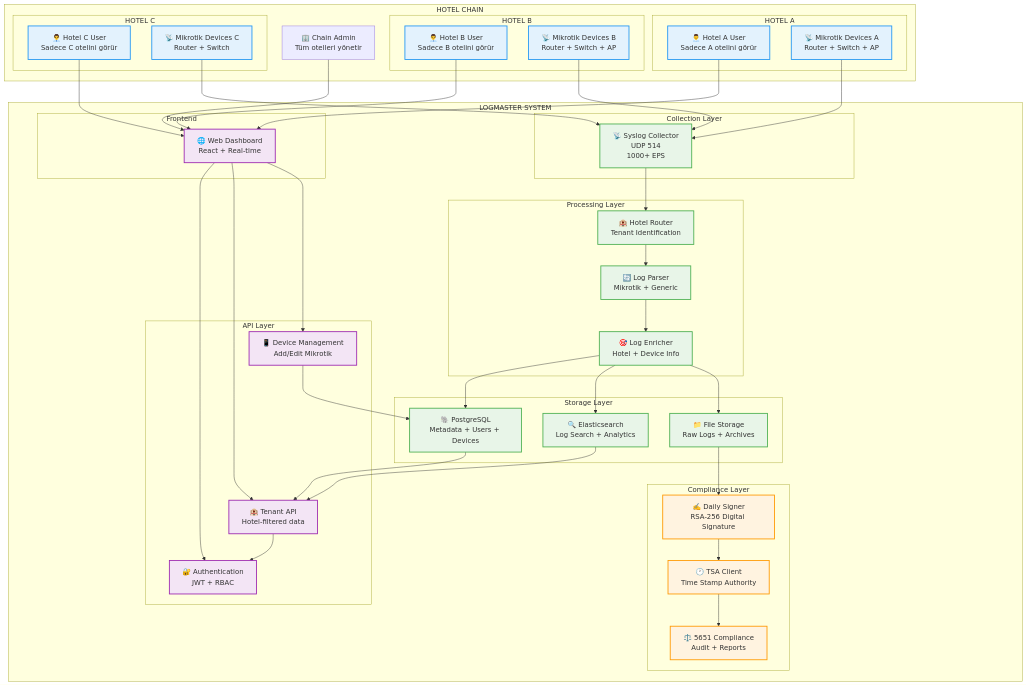
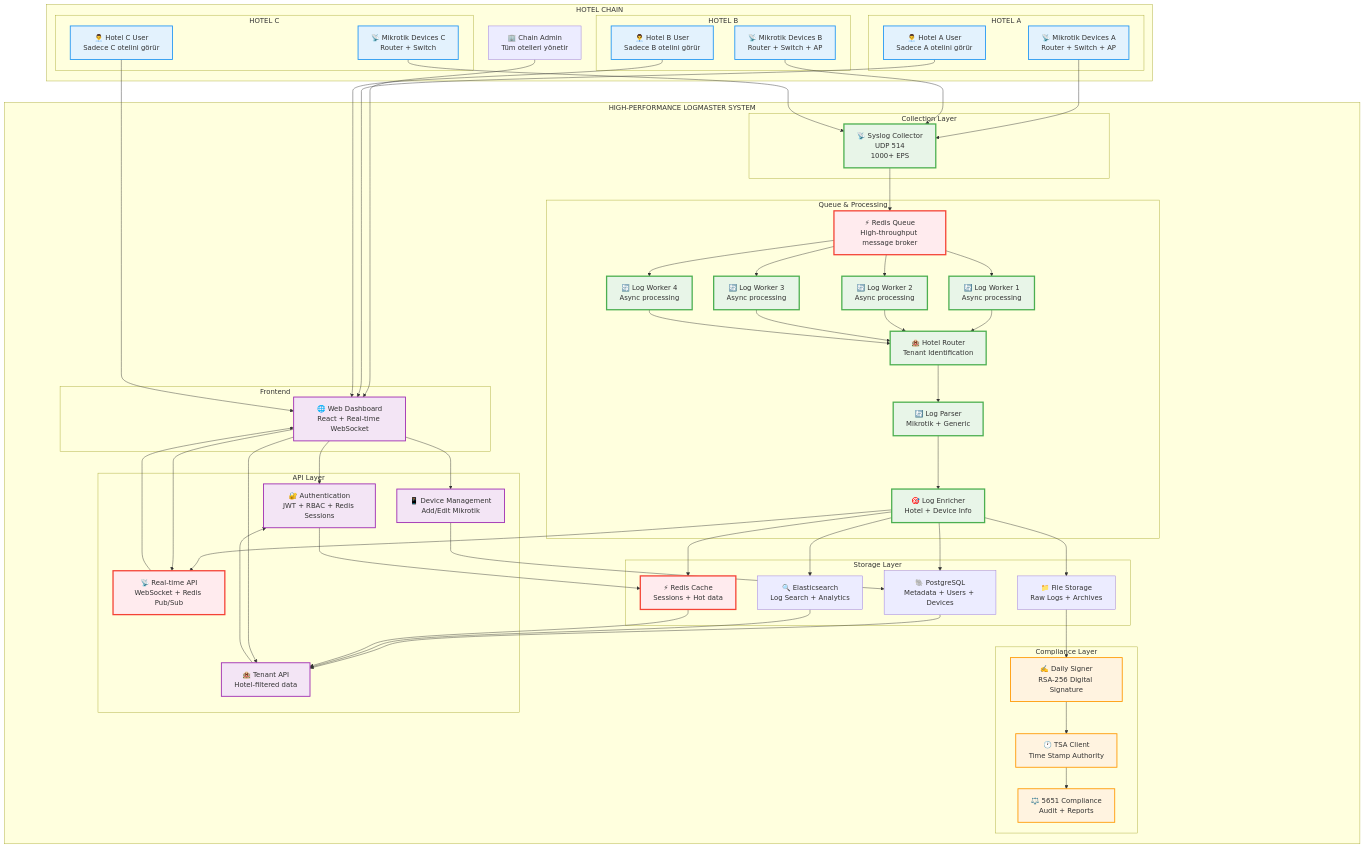
One commit to ozkanguner/logmaster changed the diagram in docs/architecture/system-overview.md. Above: the diagram before and after it, drawn with Mermaid. The commit also changed other lines of this file and 2 other files, not shown here.

Commit message:
⚡ ADD REDIS: High-Performance 1000+ EPS Architecture

````diff
--- a/docs/architecture/system-overview.md
+++ b/docs/architecture/system-overview.md
@@ -29,12 +29,17 @@
         end
     end
     
-    subgraph "LOGMASTER SYSTEM"
+    subgraph "HIGH-PERFORMANCE LOGMASTER SYSTEM"
         subgraph "Collection Layer"
             SYSLOG["📡 Syslog Collector<br/>UDP 514<br/>1000+ EPS"]
         end
         
-        subgraph "Processing Layer"
+        subgraph "Queue & Processing"
+            REDIS_QUEUE["⚡ Redis Queue<br/>High-throughput message broker"]
+            WORKER_1["🔄 Log Worker 1<br/>Async processing"]
+            WORKER_2["🔄 Log Worker 2<br/>Async processing"] 
+            WORKER_3["🔄 Log Worker 3<br/>Async processing"]
+            WORKER_4["🔄 Log Worker 4<br/>Async processing"]
             HOTEL_ROUTER["🏨 Hotel Router<br/>Tenant Identification"]
             LOG_PARSER["🔄 Log Parser<br/>Mikrotik + Generic"]
             ENRICHER["🎯 Log Enricher<br/>Hotel + Device Info"]
@@ -44,6 +49,7 @@
             POSTGRES["🐘 PostgreSQL<br/>Metadata + Users + Devices"]
             ELASTICSEARCH["🔍 Elasticsearch<br/>Log Search + Analytics"]
             FILES["📁 File Storage<br/>Raw Logs + Archives"]
+            REDIS_CACHE["⚡ Redis Cache<br/>Sessions + Hot data"]
         end
         
         subgraph "Compliance Layer"
@@ -53,13 +59,14 @@
         end
         
         subgraph "API Layer"
-            AUTH_API["🔐 Authentication<br/>JWT + RBAC"]
+            AUTH_API["🔐 Authentication<br/>JWT + RBAC + Redis Sessions"]
             TENANT_API["🏨 Tenant API<br/>Hotel-filtered data"]
             DEVICE_API["📱 Device Management<br/>Add/Edit Mikrotik"]
+            REALTIME_API["📡 Real-time API<br/>WebSocket + Redis Pub/Sub"]
         end
         
         subgraph "Frontend"
-            WEB_DASHBOARD["🌐 Web Dashboard<br/>React + Real-time"]
+            WEB_DASHBOARD["🌐 Web Dashboard<br/>React + Real-time WebSocket"]
         end
     end
     
@@ -68,15 +75,30 @@
     MIKROTIK_B --> SYSLOG
     MIKROTIK_C --> SYSLOG
     
-    %% Processing Flow
-    SYSLOG --> HOTEL_ROUTER
+    %% High-Performance Processing Flow
+    SYSLOG --> REDIS_QUEUE
+    REDIS_QUEUE --> WORKER_1
+    REDIS_QUEUE --> WORKER_2
+    REDIS_QUEUE --> WORKER_3
+    REDIS_QUEUE --> WORKER_4
+    
+    WORKER_1 --> HOTEL_ROUTER
+    WORKER_2 --> HOTEL_ROUTER
+    WORKER_3 --> HOTEL_ROUTER
+    WORKER_4 --> HOTEL_ROUTER
+    
     HOTEL_ROUTER --> LOG_PARSER
     LOG_PARSER --> ENRICHER
     
-    %% Storage
+    %% Storage Distribution
     ENRICHER --> POSTGRES
     ENRICHER --> ELASTICSEARCH
     ENRICHER --> FILES
+    ENRICHER --> REDIS_CACHE
+    
+    %% Real-time Updates
+    ENRICHER --> REALTIME_API
+    REALTIME_API --> WEB_DASHBOARD
     
     %% Compliance
     FILES --> DAILY_SIGNER
@@ -86,8 +108,12 @@
     %% API Access
     POSTGRES --> TENANT_API
     ELASTICSEARCH --> TENANT_API
+    REDIS_CACHE --> TENANT_API
     TENANT_API --> AUTH_API
     DEVICE_API --> POSTGRES
+    
+    %% Session Management
+    AUTH_API --> REDIS_CACHE
     
     %% User Access
     CHAIN_ADMIN --> WEB_DASHBOARD
@@ -98,14 +124,17 @@
     WEB_DASHBOARD --> AUTH_API
     WEB_DASHBOARD --> TENANT_API
     WEB_DASHBOARD --> DEVICE_API
+    WEB_DASHBOARD --> REALTIME_API
     
     classDef hotel fill:#e3f2fd,stroke:#2196f3,stroke-width:2px
-    classDef system fill:#e8f5e8,stroke:#4caf50,stroke-width:2px
+    classDef performance fill:#e8f5e8,stroke:#4caf50,stroke-width:3px
+    classDef redis fill:#ffebee,stroke:#f44336,stroke-width:3px
     classDef compliance fill:#fff3e0,stroke:#ff9800,stroke-width:2px
     classDef api fill:#f3e5f5,stroke:#9c27b0,stroke-width:2px
     
     class MIKROTIK_A,MIKROTIK_B,MIKROTIK_C,HOTEL_A_USER,HOTEL_B_USER,HOTEL_C_USER hotel
-    class SYSLOG,HOTEL_ROUTER,LOG_PARSER,ENRICHER,POSTGRES,ELASTICSEARCH,FILES system
+    class SYSLOG,WORKER_1,WORKER_2,WORKER_3,WORKER_4,HOTEL_ROUTER,LOG_PARSER,ENRICHER performance
+    class REDIS_QUEUE,REDIS_CACHE,REALTIME_API redis
     class DAILY_SIGNER,TSA_CLIENT,COMPLIANCE_ENGINE compliance
     class AUTH_API,TENANT_API,DEVICE_API,WEB_DASHBOARD api
 ```
````
